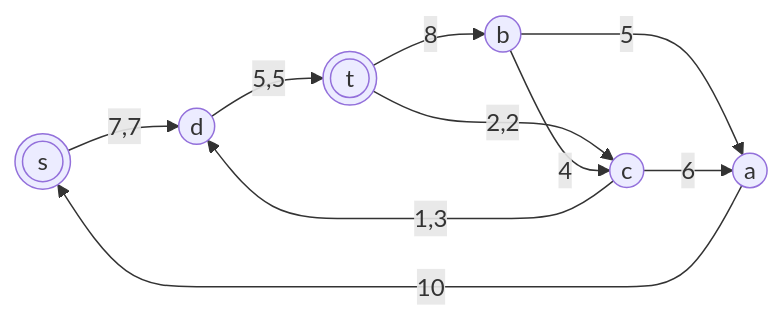
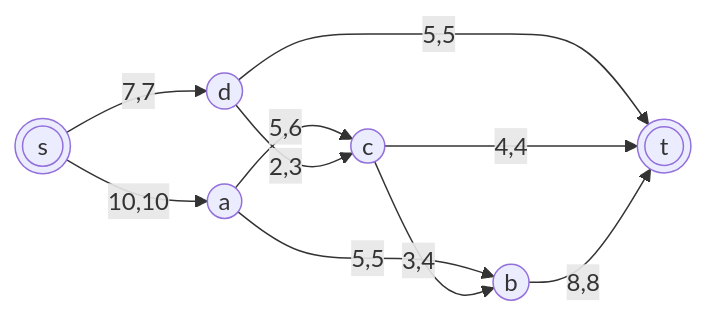
Diagram 20 of 21 in Задание 16/Rehash.md (hse-algo-psapr-25/manual-tasks), drawn with Mermaid before and after one commit. The commit also changed other lines of this file, not shown here.

````diff
--- a/Задание 16/Rehash.md
+++ b/Задание 16/Rehash.md
@@ -181,19 +506,19 @@
 ```mermaid
 graph LR
     s(((s)))
     a((a))
     b((b))
     c((c))
     d((d))
     t(((t)))
 
-    t -->|8| b
-    t -->|2,2| c
-    b -->|4| c
+    s -->|10,10| a
+    s -->|7,7| d
+    a -->|5,6| c
+    a -->|5,5| b
+    d -->|2,3| c
     d -->|5,5| t
-    c -->|1,3| d
-    b -->|5| a
-    c -->|6| a
-    s -->|7,7| d
-    a -->|10| s
+    c -->|3,4| b
+    c -->|4,4| t
+    b -->|8,8| t
 ```
````
